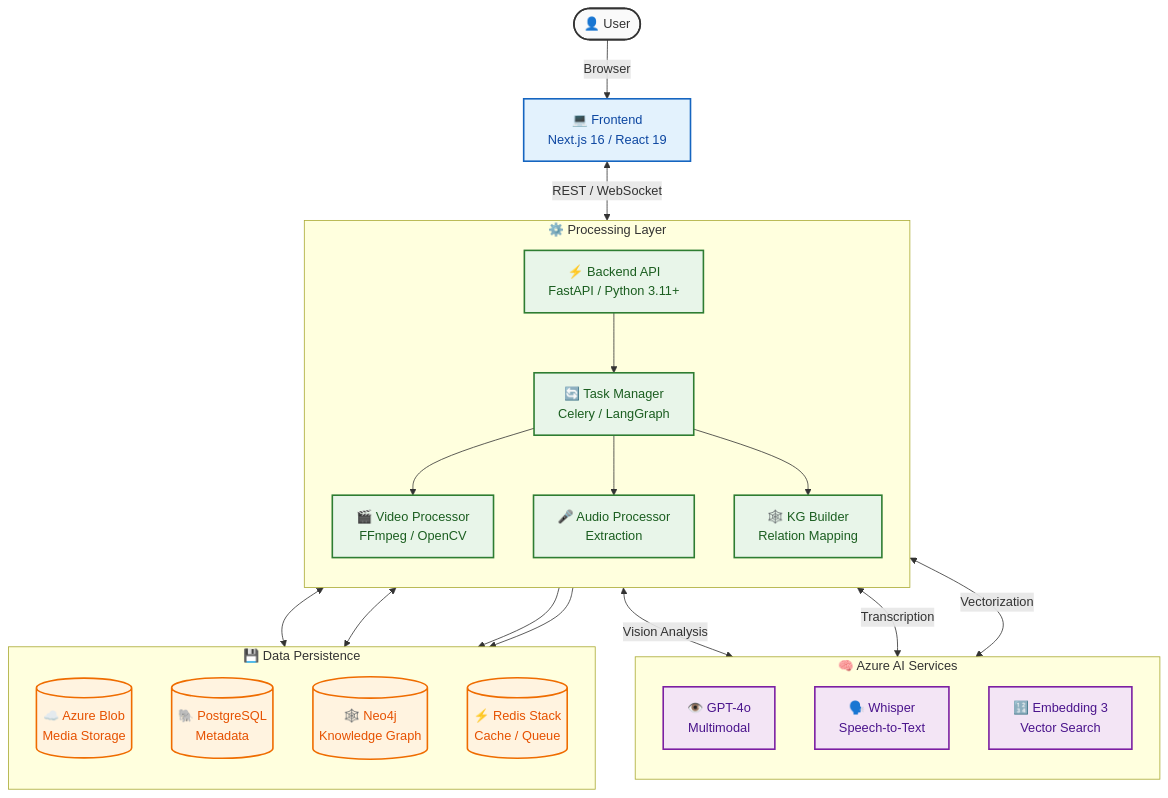
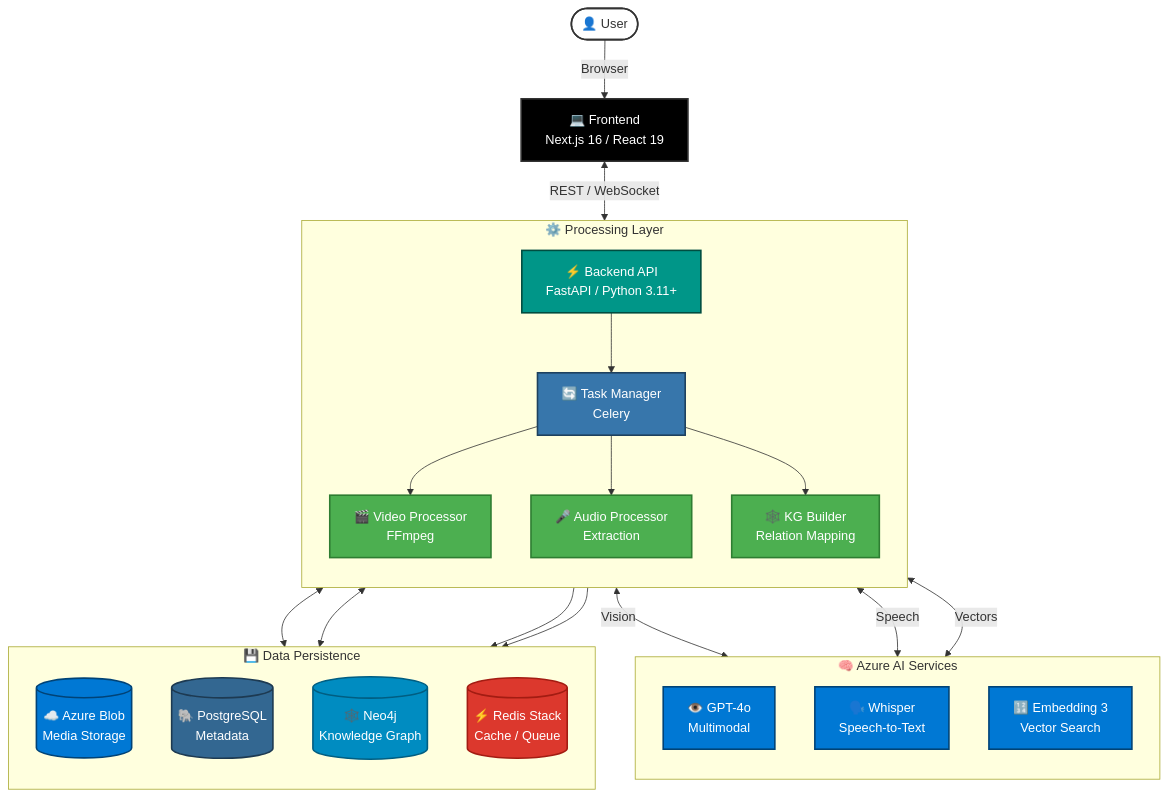
The diagram in README.md (alexandergg/QPrisma), drawn with Mermaid before and after one commit.

Commit message:
Docs: Update architecture diagram with official technology brand colors

````diff
--- a/README.md
+++ b/README.md
@@ -35,48 +35,52 @@
 ```mermaid
 graph TD
-    %% Styles
-    classDef frontend fill:#e3f2fd,stroke:#1565c0,stroke-width:2px,color:#0d47a1
-    classDef backend fill:#e8f5e9,stroke:#2e7d32,stroke-width:2px,color:#1b5e20
-    classDef ai fill:#f3e5f5,stroke:#7b1fa2,stroke-width:2px,color:#4a148c
-    classDef data fill:#fff3e0,stroke:#ef6c00,stroke-width:2px,color:#e65100
-    classDef user fill:#fafafa,stroke:#333,stroke-width:2px
+    %% Brand Colors
+    classDef user fill:#ffffff,stroke:#333333,stroke-width:2px,color:#333333
+    classDef next fill:#000000,stroke:#333333,stroke-width:2px,color:#ffffff
+    classDef fastapi fill:#009688,stroke:#004d40,stroke-width:2px,color:#ffffff
+    classDef azure fill:#0078D4,stroke:#004377,stroke-width:2px,color:#ffffff
+    classDef redis fill:#DC382D,stroke:#a31c12,stroke-width:2px,color:#ffffff
+    classDef neo4j fill:#008CC1,stroke:#005e82,stroke-width:2px,color:#ffffff
+    classDef postgres fill:#336791,stroke:#1d3a52,stroke-width:2px,color:#ffffff
+    classDef python fill:#3776AB,stroke:#1e415e,stroke-width:2px,color:#ffffff
+    classDef processing fill:#4caf50,stroke:#2e7d32,stroke-width:2px,color:#ffffff
 
-    User([👤 User]) -->|Browser| Frontend[💻 Frontend<br/>Next.js 16 / React 19]
-    Frontend <-->|REST / WebSocket| API[⚡ Backend API<br/>FastAPI / Python 3.11+]
+    %% User Interaction
+    User([👤 User]) -->|Browser| Frontend[💻 Frontend<br/>Next.js 16 / React 19]:::next
+    Frontend <-->|REST / WebSocket| API[⚡ Backend API<br/>FastAPI / Python 3.11+]:::fastapi
     
+    %% Processing Layer
     subgraph Processing["⚙️ Processing Layer"]
         direction TB
-        API --> Manager[🔄 Task Manager<br/>Celery / LangGraph]
-        Manager --> Video[🎬 Video Processor<br/>FFmpeg / OpenCV]
-        Manager --> Audio[🎤 Audio Processor<br/>Extraction]
-        Manager --> Graph[🕸️ KG Builder<br/>Relation Mapping]
+        API --> Manager[🔄 Task Manager<br/>Celery]:::python
+        Manager --> Video[🎬 Video Processor<br/>FFmpeg]:::processing
+        Manager --> Audio[🎤 Audio Processor<br/>Extraction]:::processing
+        Manager --> Graph[🕸️ KG Builder<br/>Relation Mapping]:::processing
     end
     
+    %% AI Services
     subgraph AI["🧠 Azure AI Services"]
         direction TB
-        Video <-->|Vision Analysis| GPT4o[👁️ GPT-4o<br/>Multimodal]
-        Audio <-->|Transcription| Whisper[🗣️ Whisper<br/>Speech-to-Text]
-        Graph <-->|Vectorization| Ada[🔢 Embedding 3<br/>Vector Search]
+        Video <-->|Vision| GPT4o[👁️ GPT-4o<br/>Multimodal]:::azure
+        Audio <-->|Speech| Whisper[🗣️ Whisper<br/>Speech-to-Text]:::azure
+        Graph <-->|Vectors| Ada[🔢 Embedding 3<br/>Vector Search]:::azure
     end
     
+    %% Data Persistence
     subgraph Data["💾 Data Persistence"]
         direction TB
-        Blob[(☁️ Azure Blob<br/>Media Storage)]
-        SQL[(🐘 PostgreSQL<br/>Metadata)]
-        Neo4j[(🕸️ Neo4j<br/>Knowledge Graph)]
-        Redis[(⚡ Redis Stack<br/>Cache / Queue)]
+        Blob[(☁️ Azure Blob<br/>Media Storage)]:::azure
+        SQL[(🐘 PostgreSQL<br/>Metadata)]:::postgres
+        Neo4j[(🕸️ Neo4j<br/>Knowledge Graph)]:::neo4j
+        Redis[(⚡ Redis Stack<br/>Cache / Queue)]:::redis
     end
     
-    %% Data Connections
+    %% Connections
     Processing --> Blob
     Processing --> SQL
     Graph <--> Neo4j
     Manager <--> Redis
 
-    %% Class Assignments
-    class Frontend frontend
-    class API,Manager,Video,Audio,Graph backend
-    class GPT4o,Whisper,Ada ai
-    class Blob,SQL,Neo4j,Redis data
+    %% Styling
     class User user
 ```
````
